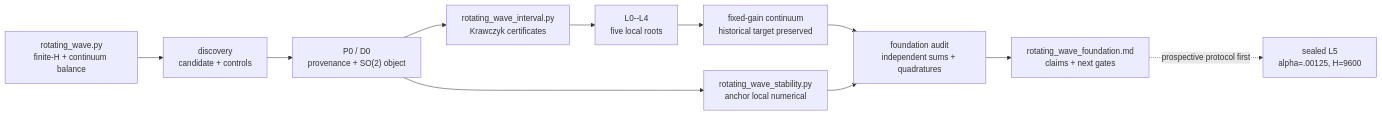
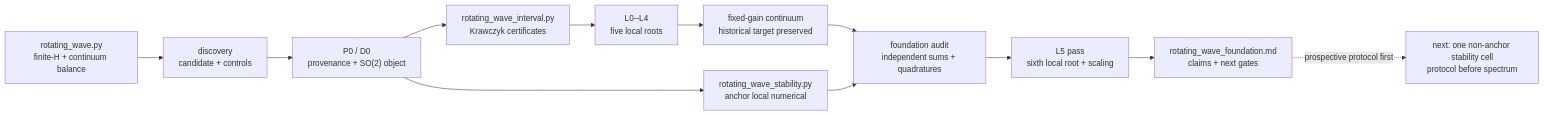
Before and after one commit to MemoryDynamics/Knoten: the seventh of 7 diagrams in docs/reference/repository_map.md, drawn with Mermaid. The commit also changed other lines of this file and 14 other files, not shown here.

Commit message:
Record scoped L5 existence and scaling pass

````diff
--- a/docs/reference/repository_map.md
+++ b/docs/reference/repository_map.md
@@ -348,19 +348,20 @@
 ```mermaid
 flowchart LR
     equations["rotating_wave.py<br/>finite-H + continuum balance"]
     discovery["discovery<br/>candidate + controls"]
     p0d0["P0 / D0<br/>provenance + SO(2) object"]
     stability["rotating_wave_stability.py<br/>anchor local numerical"]
     interval["rotating_wave_interval.py<br/>Krawczyk certificates"]
     ladder["L0--L4<br/>five local roots"]
     reconcile["fixed-gain continuum<br/>historical target preserved"]
     audit["foundation audit<br/>independent sums + quadratures"]
+    l5["L5 pass<br/>sixth local root + scaling"]
     frontdoor["rotating_wave_foundation.md<br/>claims + next gates"]
-    l5["sealed L5<br/>alpha=.00125, H=9600"]
+    nonanchor["next: one non-anchor stability cell<br/>protocol before spectrum"]
 
     equations --> discovery --> p0d0
     p0d0 --> stability
-    p0d0 --> interval --> ladder --> reconcile --> audit --> frontdoor
+    p0d0 --> interval --> ladder --> reconcile --> audit --> l5 --> frontdoor
     stability --> audit
-    frontdoor -.prospective protocol first.-> l5
+    frontdoor -.prospective protocol first.-> nonanchor
 ```
````
